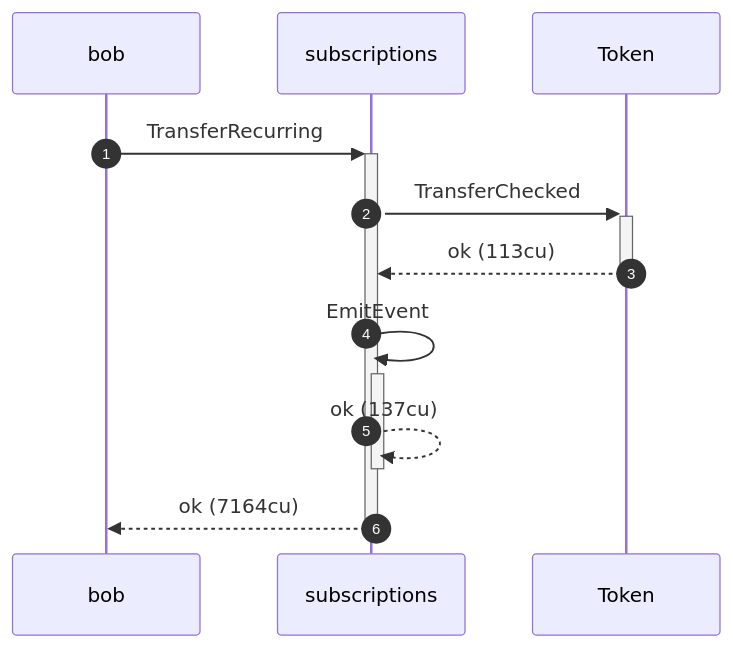
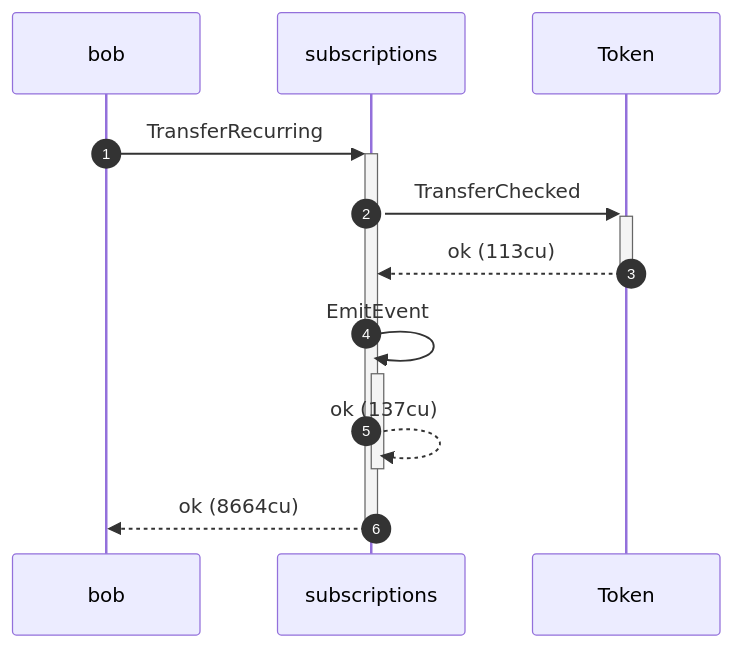
One commit to cds-rs/subscriptions changed the tenth of 20 diagrams in dsl_tests/recurring-transfer-succeeds-across-pulls-within-a-period.md. Above: the diagram before and after it, drawn with Mermaid. The commit also changed other lines of this file and 224 other files, not shown here.

````diff
--- a/dsl_tests/recurring-transfer-succeeds-across-pulls-within-a-period.md
+++ b/dsl_tests/recurring-transfer-succeeds-across-pulls-within-a-period.md
@@ -200,13 +209,13 @@
 ```mermaid
 sequenceDiagram
     autonumber
     participant bob
     participant subscriptions
     participant Token
     bob ->>+ subscriptions: TransferRecurring
     subscriptions ->>+ Token: TransferChecked
     Token -->>- subscriptions: ok (113cu)
     subscriptions ->>+ subscriptions: EmitEvent
     subscriptions -->>- subscriptions: ok (137cu)
-    subscriptions -->>- bob: ok (7164cu)
+    subscriptions -->>- bob: ok (8664cu)
 ```
````
